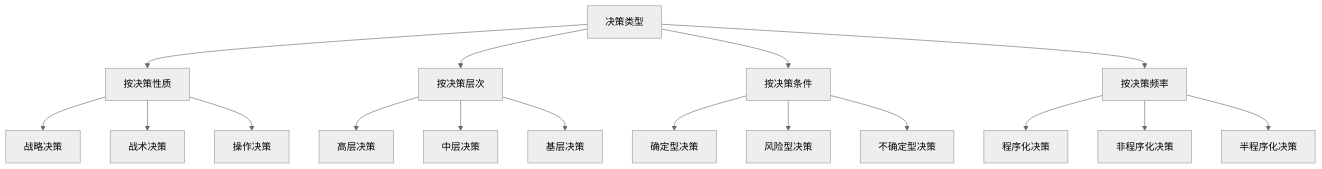
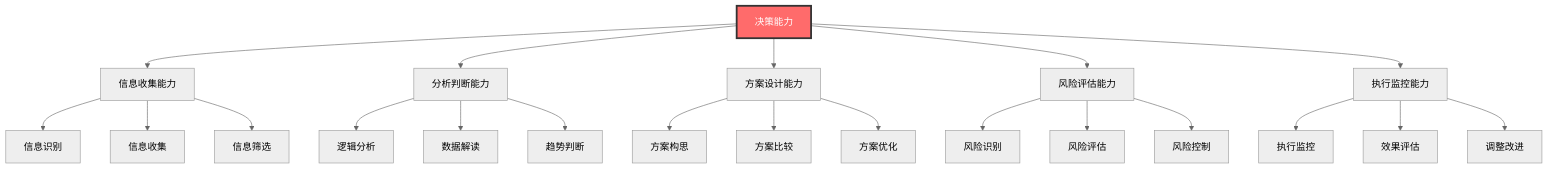
The first of 8 diagrams in 企业领导力/03-能力构建层/核心领导能力/02-决策能力.md (Anping2017/obsidian), drawn with Mermaid (neutral theme) before and after one commit. The commit also changed other lines of this file and 28 other files, not shown here.

````diff
--- a/企业领导力/03-能力构建层/核心领导能力/02-决策能力.md
+++ b/企业领导力/03-能力构建层/核心领导能力/02-决策能力.md
@@ -17,23 +9,30 @@
 ```mermaid
 graph TD
-    A[决策类型] --> B[按决策性质]
-    A --> C[按决策层次]
-    A --> D[按决策条件]
-    A --> E[按决策频率]
+    A[决策能力] --> B[信息收集能力]
+    A --> C[分析判断能力]
+    A --> D[方案设计能力]
+    A --> E[风险评估能力]
+    A --> F[执行监控能力]
     
-    B --> B1[战略决策]
-    B --> B2[战术决策]
-    B --> B3[操作决策]
+    B --> B1[信息识别]
+    B --> B2[信息收集]
+    B --> B3[信息筛选]
     
-    C --> C1[高层决策]
-    C --> C2[中层决策]
-    C --> C3[基层决策]
+    C --> C1[逻辑分析]
+    C --> C2[数据解读]
+    C --> C3[趋势判断]
     
-    D --> D1[确定型决策]
-    D --> D2[风险型决策]
-    D --> D3[不确定型决策]
+    D --> D1[方案构思]
+    D --> D2[方案比较]
+    D --> D3[方案优化]
     
-    E --> E1[程序化决策]
-    E --> E2[非程序化决策]
-    E --> E3[半程序化决策]
+    E --> E1[风险识别]
+    E --> E2[风险评估]
+    E --> E3[风险控制]
+    
+    F --> F1[执行监控]
+    F --> F2[效果评估]
+    F --> F3[调整改进]
+    
+    style A fill:#ff6b6b,stroke:#333,stroke-width:3px,color:#fff
 ```
````
